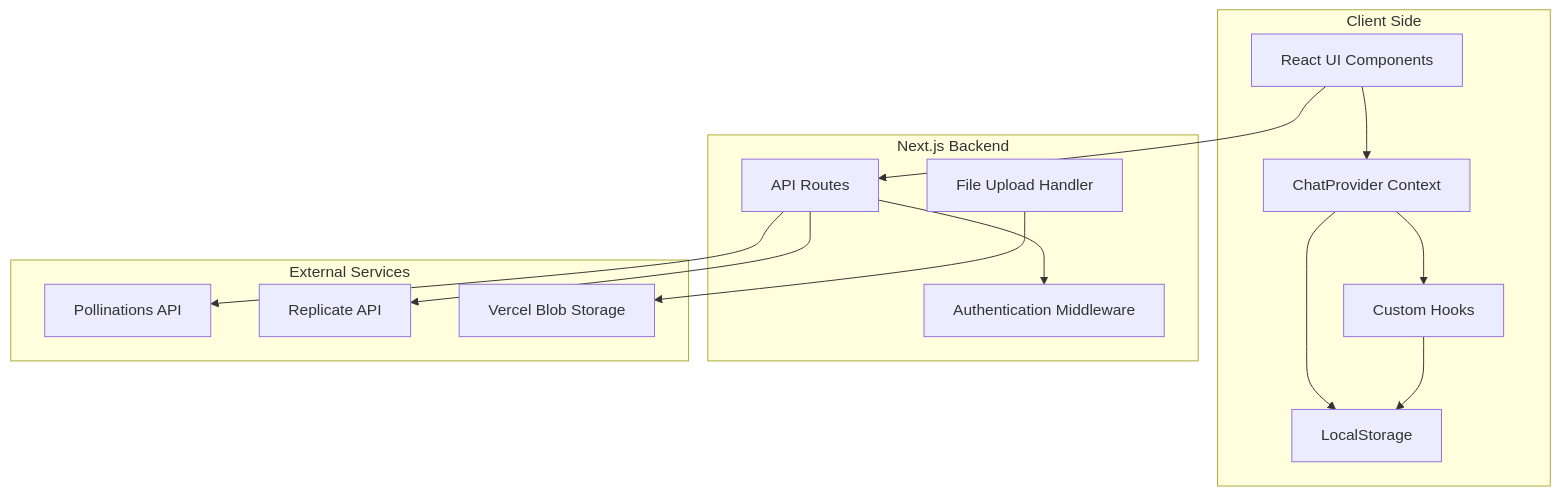
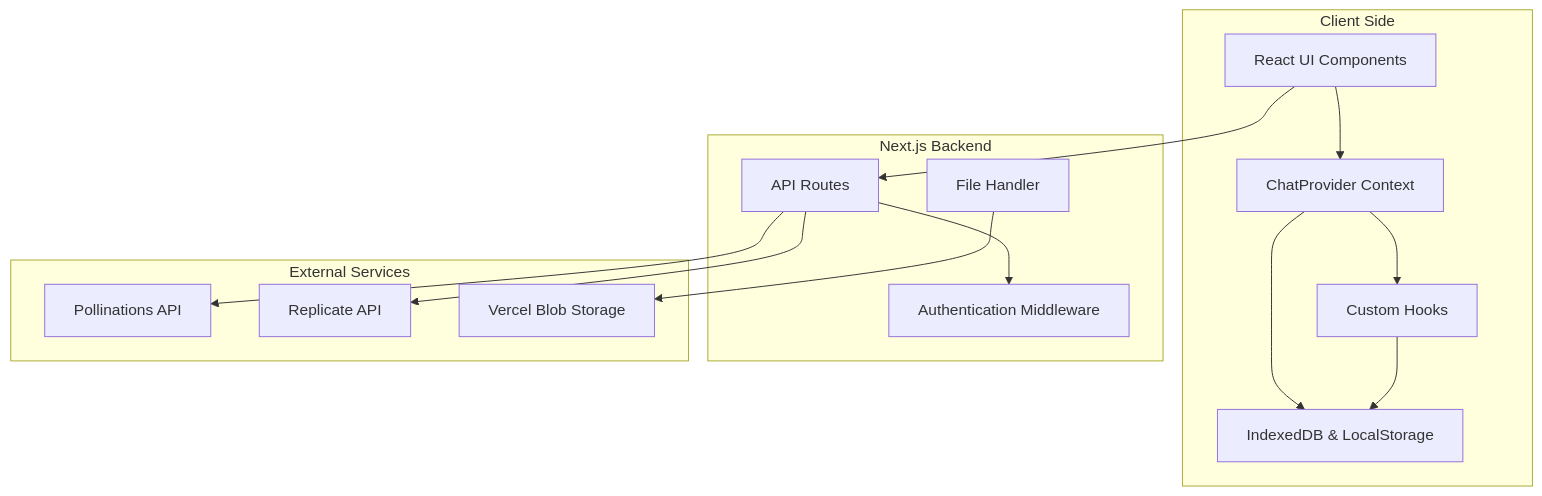
One commit to loopmaster303/heyhihosted changed the first of 4 diagrams in docs/architecture-view.md. Above: the diagram before and after it, drawn with Mermaid. The commit also changed other lines of this file and 37 other files, not shown here.

````diff
--- a/docs/architecture-view.md
+++ b/docs/architecture-view.md
@@ -5,31 +5,31 @@
 ```mermaid
 graph TB
     subgraph "Client Side"
         UI[React UI Components]
         State[ChatProvider Context]
-        Local[LocalStorage]
+        Local[IndexedDB & LocalStorage]
         Hooks[Custom Hooks]
     end
     
     subgraph "Next.js Backend"
         API[API Routes]
         Auth[Authentication Middleware]
-        Upload[File Upload Handler]
+        Upload[File Handler]
     end
     
     subgraph "External Services"
         Pollinations[Pollinations API]
         Replicate[Replicate API]
         VercelBlob[Vercel Blob Storage]
     end
     
     UI --> State
     State --> Local
     State --> Hooks
     UI --> API
     API --> Auth
     API --> Pollinations
     API --> Replicate
     Upload --> VercelBlob
     Hooks --> Local
 ```
````
